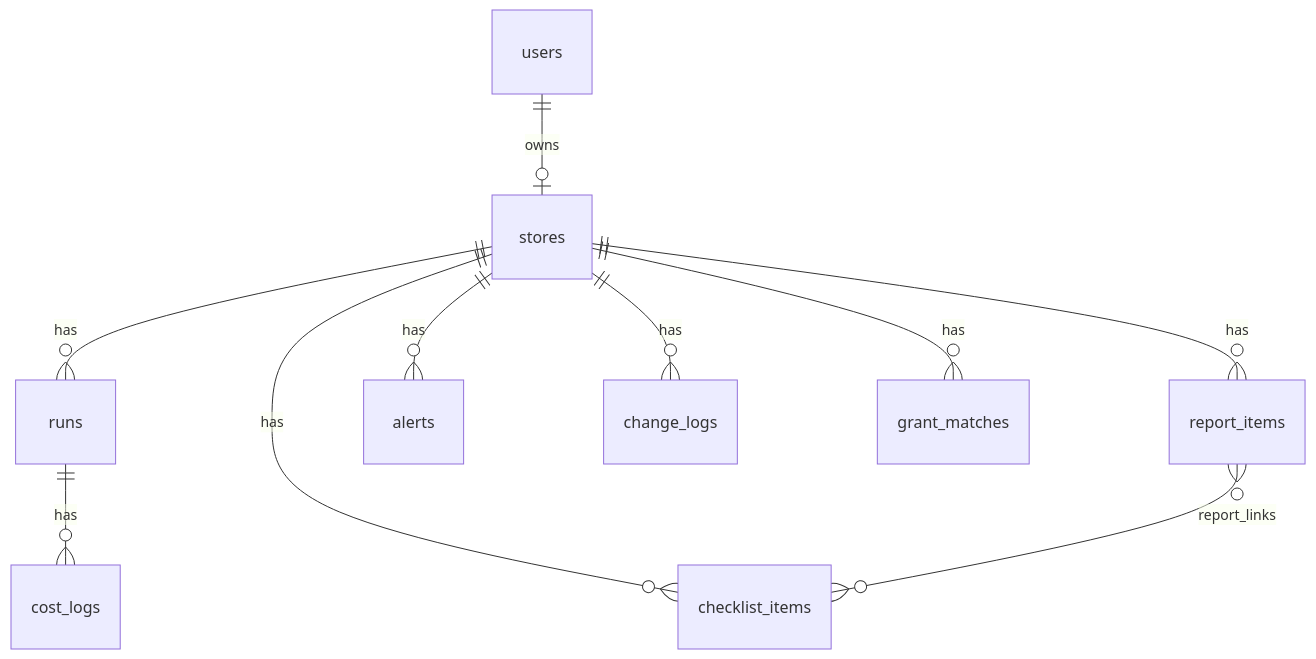
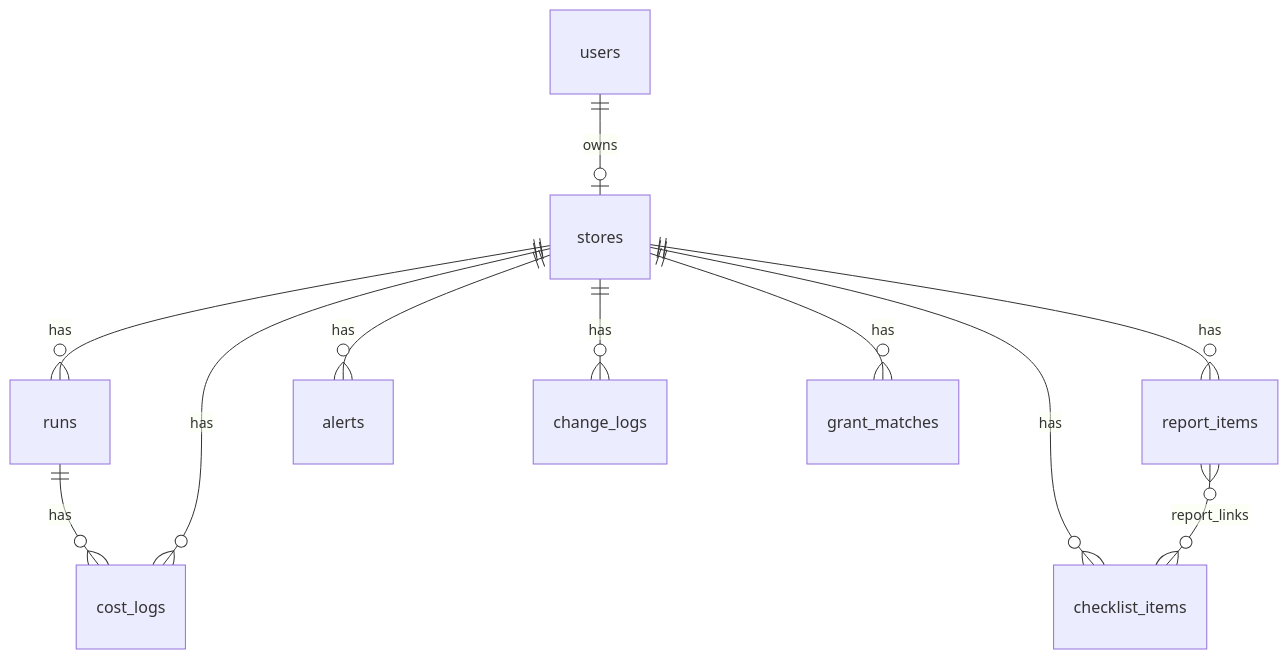
One commit to kimtaeg/Foundy changed the diagram in docs/DB 명세서.md. Above: the diagram before and after it, drawn with Mermaid. The commit also changed other lines of this file and 18 other files, not shown here.

````diff
--- a/docs/DB 명세서.md
+++ b/docs/DB 명세서.md
@@ -31,12 +32,13 @@
 ```mermaid
 erDiagram
     users ||--o| stores : owns
     stores ||--o{ runs : has
     stores ||--o{ report_items : has
     stores ||--o{ checklist_items : has
     stores ||--o{ alerts : has
     stores ||--o{ change_logs : has
     stores ||--o{ grant_matches : has
     runs ||--o{ cost_logs : has
+    stores ||--o{ cost_logs : has
     report_items }o--o{ checklist_items : "report_links"
 ```
````
